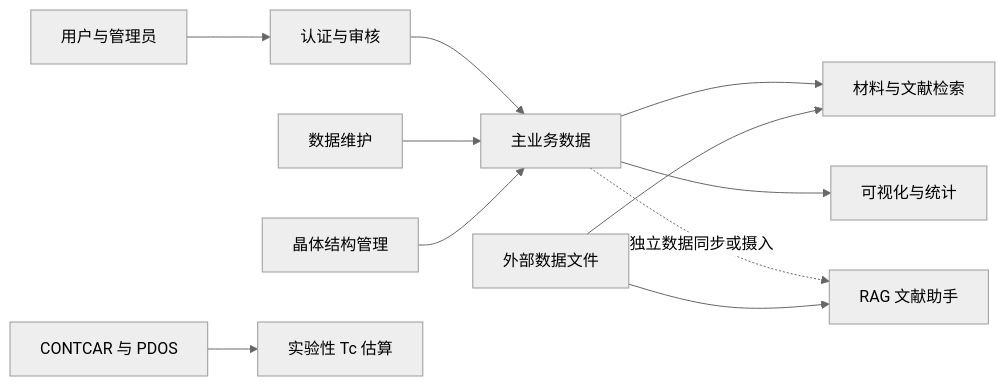
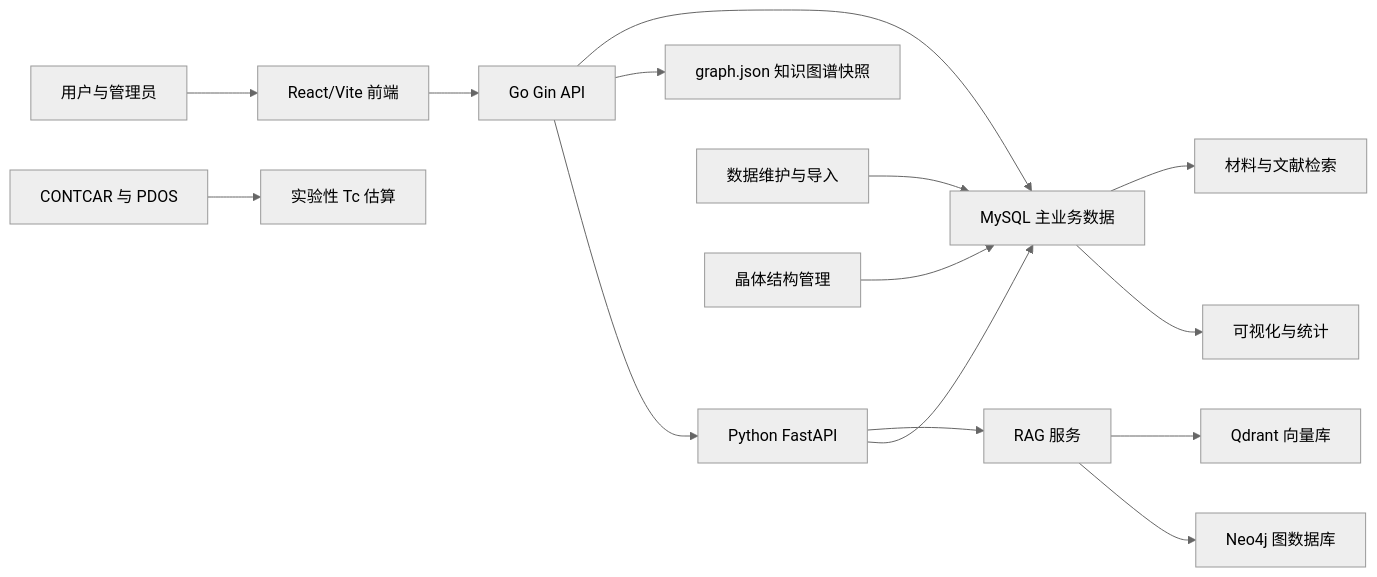
One commit to JLU-ICCMS-MaYuan/Conventional-SC-Dataset changed the diagram in docs/overview/README.md. Above: the diagram before and after it, drawn with Mermaid (neutral theme). The commit also changed other lines of this file and 28 other files, not shown here.

````diff
--- a/docs/overview/README.md
+++ b/docs/overview/README.md
@@ -23,13 +23,17 @@
 ```mermaid
 flowchart LR
-    U["用户与管理员"] --> A["认证与审核"]
-    A --> D["主业务数据"]
-    M["数据维护"] --> D
-    S["晶体结构管理"] --> D
-    D --> Q["材料与文献检索"]
-    D --> V["可视化与统计"]
-    D -. 独立数据同步或摄入 .-> R["RAG 文献助手"]
-    X["外部数据文件"] --> Q
-    X --> R
+    U["用户与管理员"] --> FE["React/Vite 前端"]
+    FE --> GO["Go Gin API"]
+    GO --> DB["MySQL 主业务数据"]
+    GO --> KGJSON["graph.json 知识图谱快照"]
+    GO --> PY["Python FastAPI"]
+    PY --> RAG["RAG 服务"]
+    RAG --> QD["Qdrant 向量库"]
+    RAG --> NEO["Neo4j 图数据库"]
+    PY --> DB
+    M["数据维护与导入"] --> DB
+    S["晶体结构管理"] --> DB
+    DB --> Q["材料与文献检索"]
+    DB --> V["可视化与统计"]
     F["CONTCAR 与 PDOS"] --> T["实验性 Tc 估算"]
 ```
````
